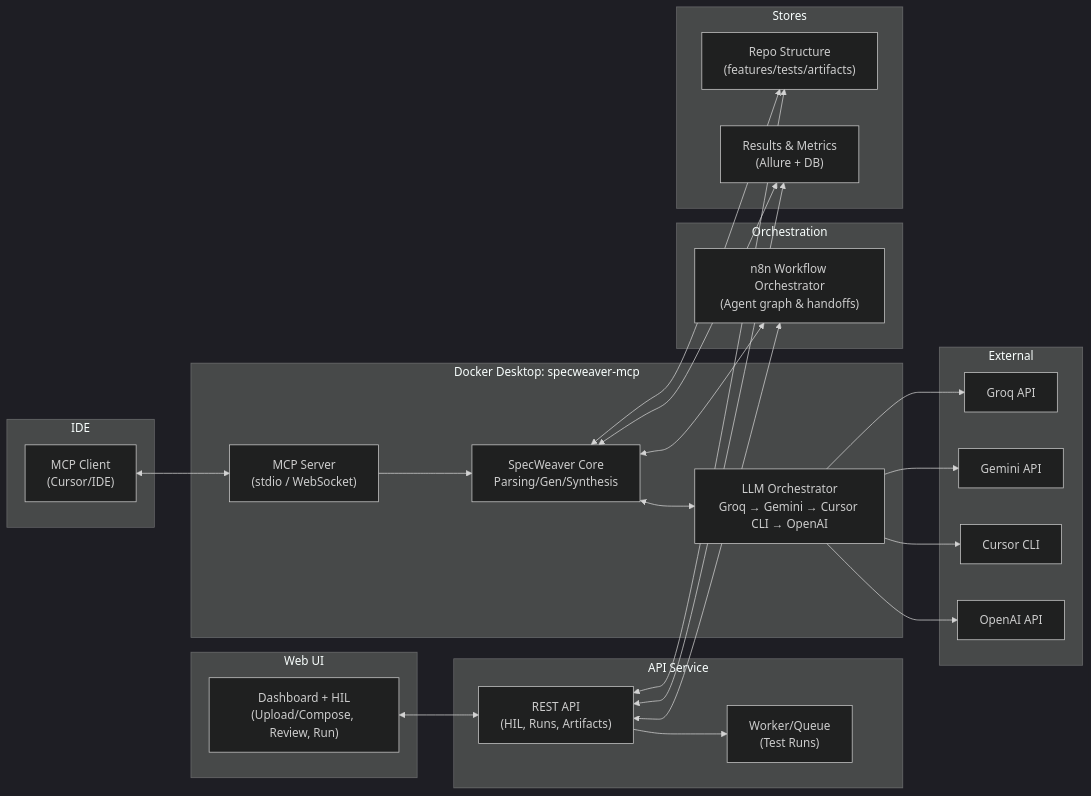
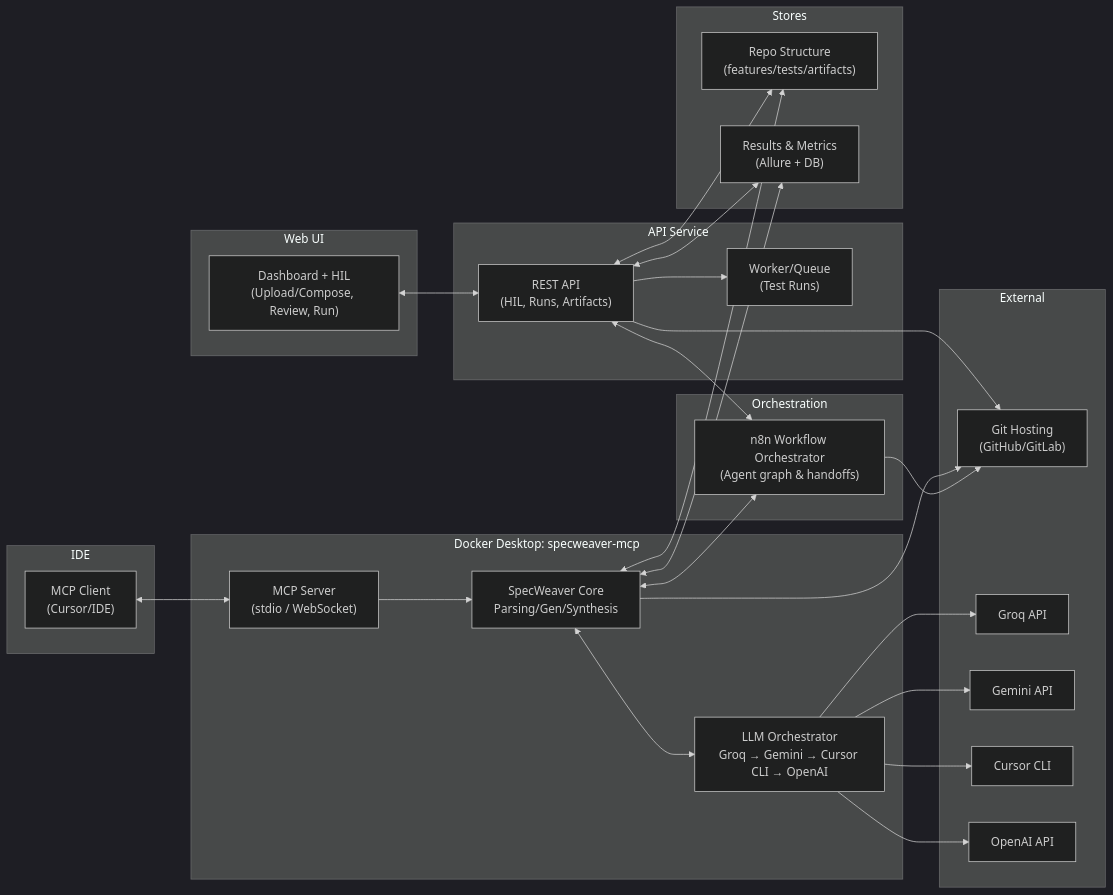
The second of 2 diagrams in docs/01-architecture.md (raaja-g/specweaver-ai), drawn with Mermaid (dark theme) before and after one commit. The commit also changed 5 other files, not shown here.

Commit message:
docs: add auto-PR strategy and SCM governance; update agentic flow

````diff
--- a/docs/01-architecture.md
+++ b/docs/01-architecture.md
@@ -90,54 +90,58 @@
 ```mermaid
 flowchart LR
   subgraph IDE
     MCPClient["MCP Client\n(Cursor/IDE)"]
   end
 
   subgraph Web["Web UI"]
     UI["Dashboard + HIL\n(Upload/Compose, Review, Run)"]
   end
 
   subgraph Backend["API Service"]
     API["REST API\n(HIL, Runs, Artifacts)"]
     QUEUE["Worker/Queue\n(Test Runs)"]
   end
 
   subgraph Container["Docker Desktop: specweaver-mcp"]
     MCPS["MCP Server\n(stdio / WebSocket)"]
     ORCH["LLM Orchestrator\nGroq → Gemini → Cursor CLI → OpenAI"]
     CORE["SpecWeaver Core\nParsing/Gen/Synthesis"]
   end
 
   subgraph Orchestration
     N8N["n8n Workflow Orchestrator\n(Agent graph & handoffs)"]
   end
 
   subgraph Stores
     GIT["Repo Structure\n(features/tests/artifacts)"]
     RPT["Results & Metrics\n(Allure + DB)"]
   end
 
   subgraph External
+    SCM["Git Hosting\n(GitHub/GitLab)"]
     GROQ["Groq API"]
     GEM["Gemini API"]
     CUR["Cursor CLI"]
     OAI["OpenAI API"]
   end
 
   UI <--> API
   API --> QUEUE
   API <--> GIT
   API <--> RPT
   API <--> N8N
+  API --> SCM
 
   MCPClient <--> MCPS
   MCPS --> CORE
   CORE <--> ORCH
   CORE <--> GIT
   CORE <--> RPT
   CORE <--> N8N
+  CORE --> SCM
+  N8N --> SCM
   ORCH --> GROQ
   ORCH --> GEM
   ORCH --> CUR
   ORCH --> OAI
 ```
````
